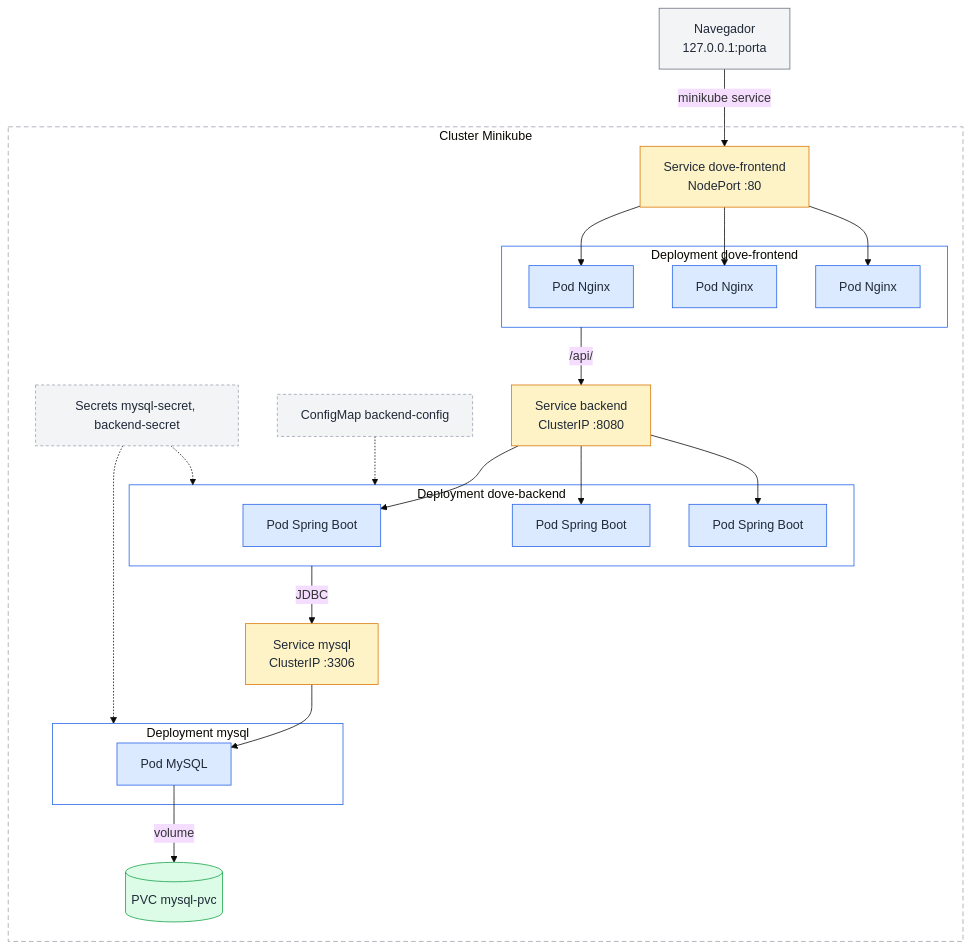
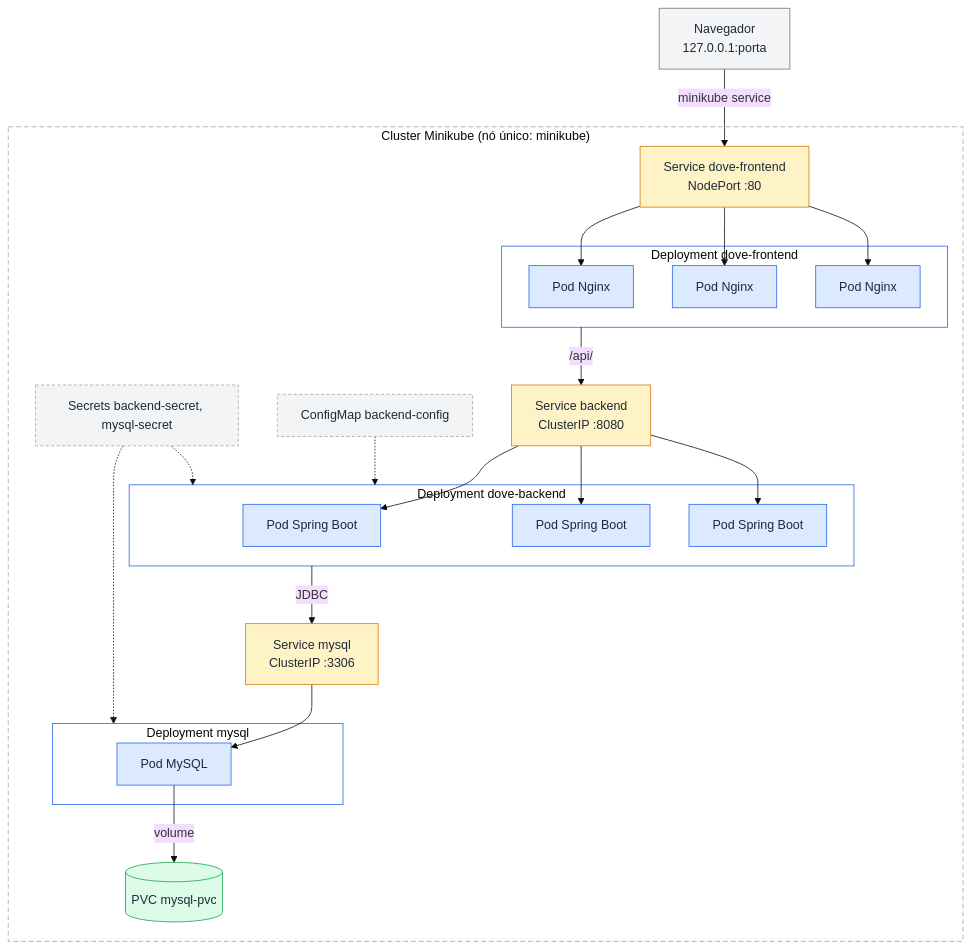
Before and after one commit to Daniidd/dove-kubernetes: the diagram in README.md, drawn with Mermaid (base theme).

Commit message:
docs: identifica o nó único do Minikube no diagrama de arquitetura

````diff
--- a/README.md
+++ b/README.md
@@ -32,60 +32,60 @@
 ```mermaid
 flowchart TB
     user["Navegador<br/>127.0.0.1:porta"]
 
-    subgraph cluster["Cluster Minikube"]
+    subgraph cluster["Cluster Minikube (nó único: minikube)"]
         svcFront["Service dove-frontend<br/>NodePort :80"]
 
         subgraph depFront["Deployment dove-frontend"]
             f1["Pod Nginx"]
             f2["Pod Nginx"]
             f3["Pod Nginx"]
         end
 
         svcBack["Service backend<br/>ClusterIP :8080"]
 
         subgraph depBack["Deployment dove-backend"]
             b1["Pod Spring Boot"]
             b2["Pod Spring Boot"]
             b3["Pod Spring Boot"]
         end
 
         svcDb["Service mysql<br/>ClusterIP :3306"]
 
         subgraph depDb["Deployment mysql"]
             db["Pod MySQL"]
         end
 
         pvc[("PVC mysql-pvc")]
         cm["ConfigMap backend-config"]
-        sec["Secrets mysql-secret, backend-secret"]
+        sec["Secrets backend-secret, mysql-secret"]
     end
 
     user -->|minikube service| svcFront
     svcFront --> f1 & f2 & f3
     depFront -->|/api/| svcBack
     svcBack --> b1 & b2 & b3
     depBack -->|JDBC| svcDb
     svcDb --> db
     db -->|volume| pvc
     cm -.-> depBack
     sec -.-> depBack
     sec -.-> depDb
 
     classDef ext fill:#f3f4f6,stroke:#6b7280,color:#1f2937
     classDef svc fill:#fef3c7,stroke:#d97706,color:#1f2937
     classDef pod fill:#dbeafe,stroke:#2563eb,color:#1f2937
     classDef data fill:#dcfce7,stroke:#16a34a,color:#1f2937
     classDef conf fill:#f3f4f6,stroke:#9ca3af,color:#1f2937,stroke-dasharray:4 3
 
     class user ext
     class svcFront,svcBack,svcDb svc
     class f1,f2,f3,b1,b2,b3,db pod
     class pvc data
     class cm,sec conf
 
     style cluster fill:none,stroke:#9ca3af,stroke-dasharray:6 4
     style depFront fill:none,stroke:#2563eb
     style depBack fill:none,stroke:#2563eb
     style depDb fill:none,stroke:#2563eb
 ```
````
